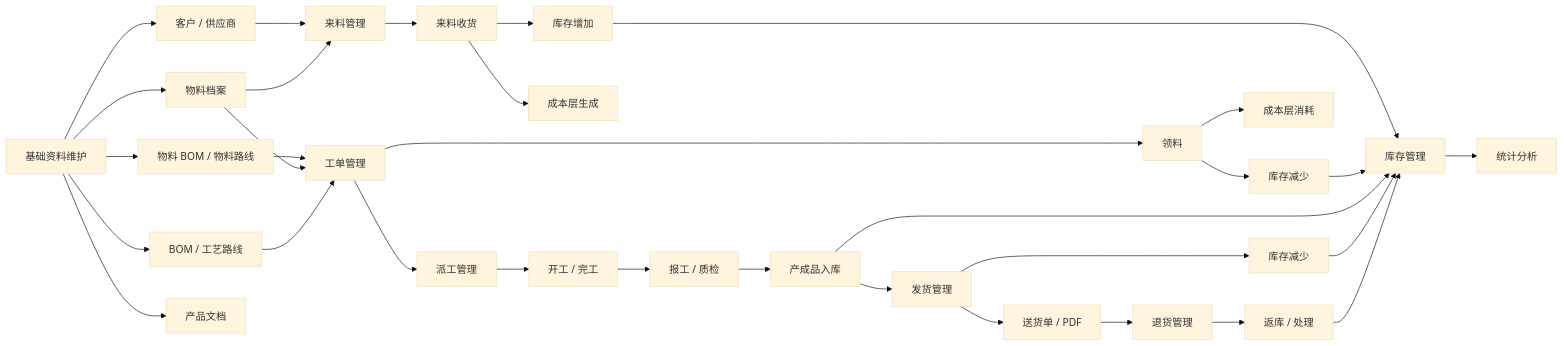
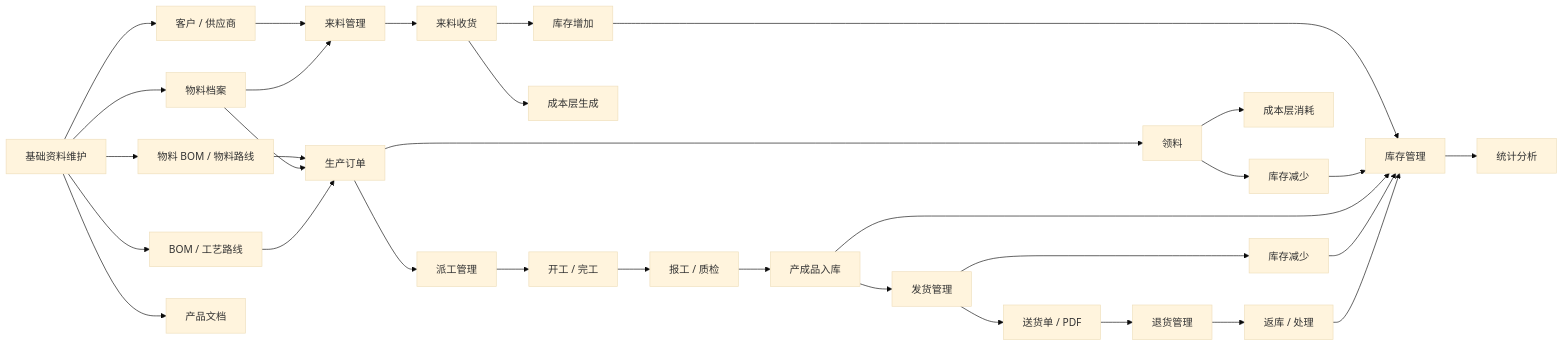
One commit to goldf2/mes-lite changed the second of 7 diagrams in docs/minierp/当前系统建模与结构审查.md. Above: the diagram before and after it, drawn with Mermaid (base theme). The commit also changed other lines of this file and 28 other files, not shown here.

````diff
--- a/docs/minierp/当前系统建模与结构审查.md
+++ b/docs/minierp/当前系统建模与结构审查.md
@@ -108,41 +108,41 @@
 ```mermaid
 flowchart LR
   A["基础资料维护"] --> B["物料档案"]
   A --> C["客户 / 供应商"]
   A --> D["物料 BOM / 物料路线"]
   A --> E["BOM / 工艺路线"]
   A --> F["产品文档"]
 
   C --> G["来料管理"]
   B --> G
   G --> H["来料收货"]
   H --> I["库存增加"]
   H --> J["成本层生成"]
 
-  D --> K["工单管理"]
+  D --> K["生产订单"]
   B --> K
   E --> K
   K --> L["领料"]
   L --> M["库存减少"]
   L --> N["成本层消耗"]
 
   K --> O["派工管理"]
   O --> P["开工 / 完工"]
   P --> Q["报工 / 质检"]
   Q --> R["产成品入库"]
 
   R --> S["发货管理"]
   S --> T["送货单 / PDF"]
   S --> U["库存减少"]
 
   T --> V["退货管理"]
   V --> W["返库 / 处理"]
 
   I --> X["库存管理"]
   M --> X
   R --> X
   U --> X
   W --> X
 
   X --> Y["统计分析"]
 ```
````
